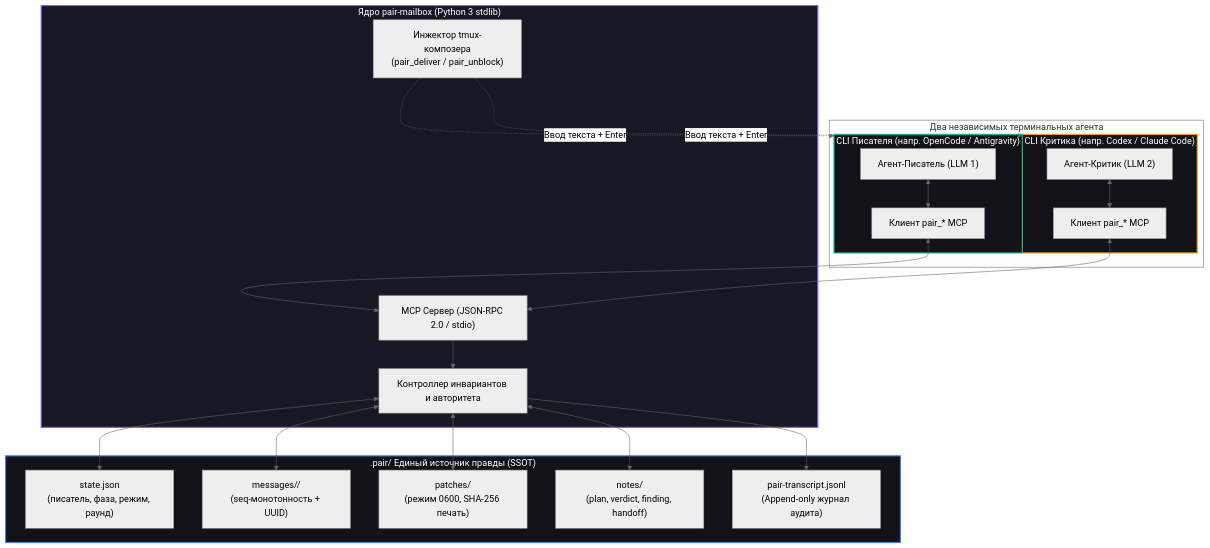
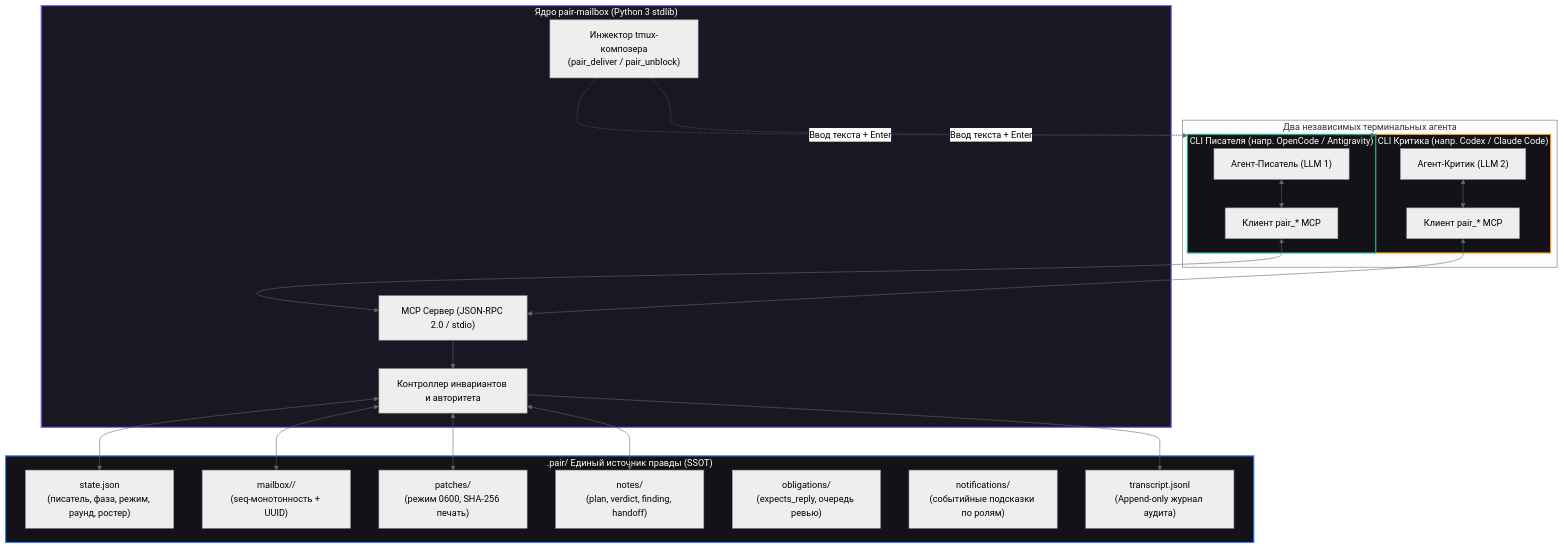
One commit to AVP-Dev/pair-mailbox changed the diagram in README.ru.md. Above: the diagram before and after it, drawn with Mermaid (neutral theme). The commit also changed other lines of this file and 29 other files, not shown here.

````diff
--- a/README.ru.md
+++ b/README.ru.md
@@ -46,48 +46,50 @@
 ```mermaid
 graph TD
     subgraph Agents ["Два независимых терминальных агента"]
         subgraph CLI_Writer ["CLI Писателя (напр. OpenCode / Antigravity)"]
             AgentA["Агент-Писатель (LLM 1)"]
             ToolsA["Клиент pair_* MCP"]
         end
 
         subgraph CLI_Critic ["CLI Критика (напр. Codex / Claude Code)"]
             AgentB["Агент-Критик (LLM 2)"]
             ToolsB["Клиент pair_* MCP"]
         end
     end
 
     subgraph CoreEngine ["Ядро pair-mailbox (Python 3 stdlib)"]
         Server["MCP Сервер (JSON-RPC 2.0 / stdio)"]
         Authority["Контроллер инвариантов и авторитета"]
         Composer["Инжектор tmux-композера<br/>(pair_deliver / pair_unblock)"]
     end
 
     subgraph Storage [".pair/ Единый источник правды (SSOT)"]
-        State["state.json<br/>(писатель, фаза, режим, раунд)"]
-        Mailbox["messages/<role>/<br/>(seq-монотонность + UUID)"]
+        State["state.json<br/>(писатель, фаза, режим, раунд, ростер)"]
+        Mailbox["mailbox/<role>/<br/>(seq-монотонность + UUID)"]
         Patches["patches/<br/>(режим 0600, SHA-256 печать)"]
         Notes["notes/<br/>(plan, verdict, finding, handoff)"]
-        Transcript["pair-transcript.jsonl<br/>(Append-only журнал аудита)"]
+        Oblig["obligations/<br/>(expects_reply, очередь ревью)"]
+        Notif["notifications/<br/>(событийные подсказки по ролям)"]
+        Transcript["transcript.jsonl<br/>(Append-only журнал аудита)"]
     end
 
     AgentA <--> ToolsA
     AgentB <--> ToolsB
     ToolsA <--> Server
     ToolsB <--> Server
 
     Server --> Authority
     Authority <--> State
     Authority <--> Mailbox
     Authority <--> Patches
     Authority <--> Notes
     Authority --> Transcript
 
     Composer -. "Ввод текста + Enter" .-> CLI_Writer
     Composer -. "Ввод текста + Enter" .-> CLI_Critic
 
     style CLI_Writer fill:#121218,stroke:#10b981,stroke-width:2px,color:#fff
     style CLI_Critic fill:#121218,stroke:#f59e0b,stroke-width:2px,color:#fff
     style CoreEngine fill:#181824,stroke:#8b5cf6,stroke-width:2px,color:#fff
     style Storage fill:#121218,stroke:#3b82f6,stroke-width:2px,color:#fff
 ```
````
